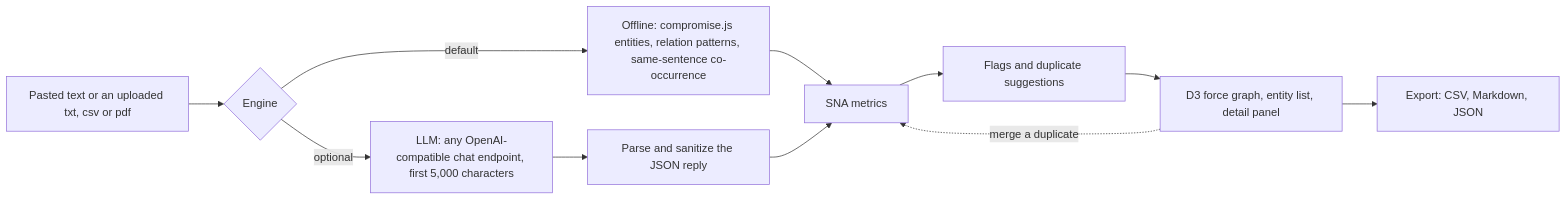
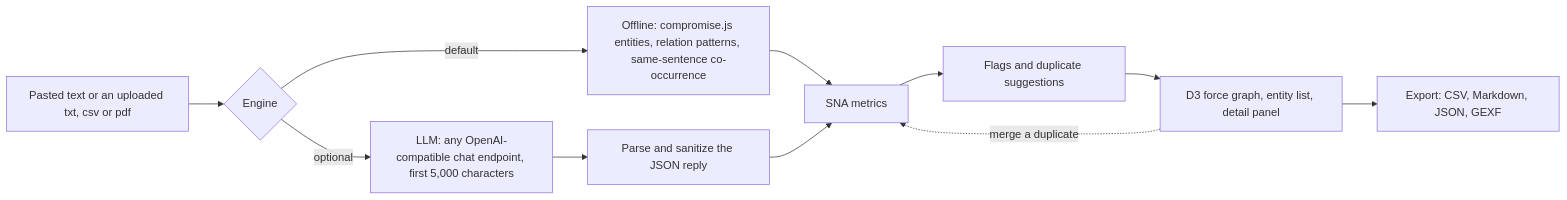
One commit to bjharbison/trapline changed the diagram in README.md. Above: the diagram before and after it, drawn with Mermaid. The commit also changed other lines of this file, not shown here.

First line of the commit message:
README: add GEXF to the diagram, note the release/v1 freeze, link BACKLOG, add a Development section

````diff
--- a/README.md
+++ b/README.md
@@ -105,13 +105,13 @@
 ```mermaid
 flowchart LR
     A[Pasted text or an uploaded txt, csv or pdf] --> B{Engine}
     B -->|default| C[Offline: compromise.js entities, relation patterns, same-sentence co-occurrence]
     B -->|optional| D[LLM: any OpenAI-compatible chat endpoint, first 5,000 characters]
     D --> E[Parse and sanitize the JSON reply]
     C --> F[SNA metrics]
     E --> F
     F --> G[Flags and duplicate suggestions]
     G --> H[D3 force graph, entity list, detail panel]
     H -.->|merge a duplicate| F
-    H --> I[Export: CSV, Markdown, JSON]
+    H --> I[Export: CSV, Markdown, JSON, GEXF]
 ```
````
